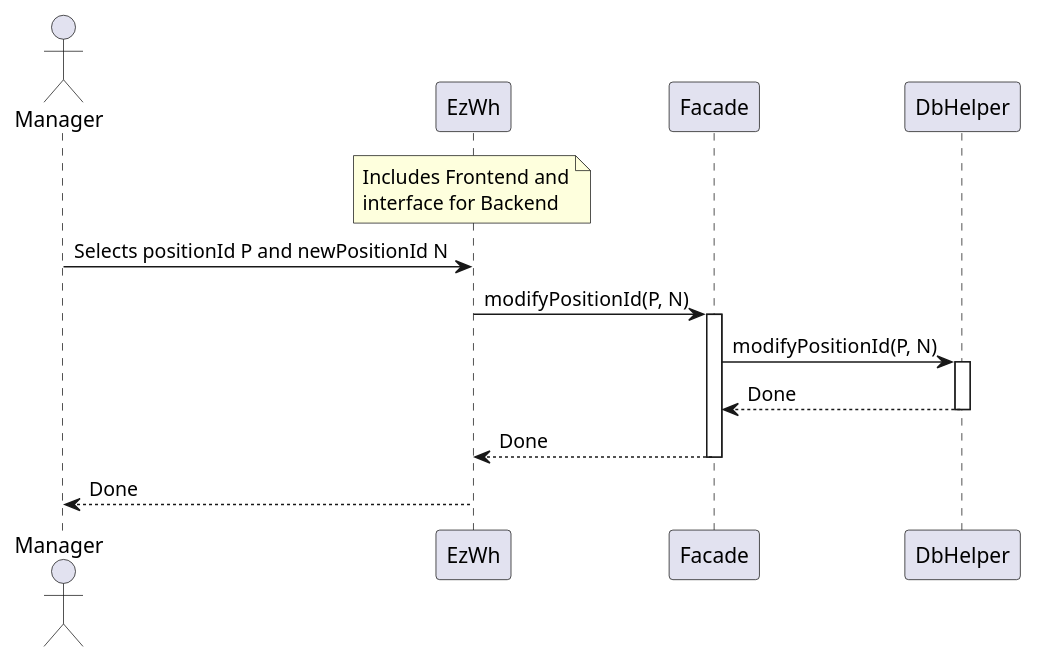
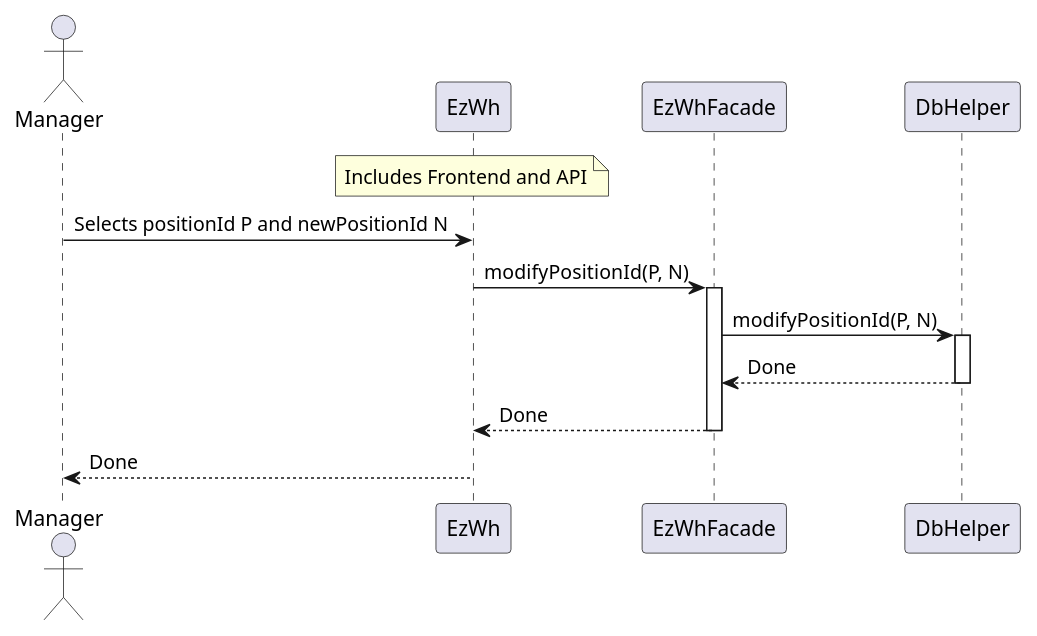
Before and after one commit to giuseppe-dandrea/EzWh: the fifth of 12 diagrams in DesignDocument.md, drawn with PlantUML. The commit also changed other lines of this file and 1 other file, not shown here.

Commit message:
Added low_level_design_diagram.svg. Changed some terms for consistency.

````diff
--- a/DesignDocument.md
+++ b/DesignDocument.md
@@ -637,18 +641,18 @@
 ```plantuml
 actor Manager
 participant EzWh
-note over EzWh: Includes Frontend and\ninterface for Backend
-participant Facade
+note over EzWh: Includes Frontend and API
+participant EzWhFacade
 participant DbHelper
 
 Manager -> EzWh: Selects positionId P and newPositionId N
-EzWh -> Facade: modifyPositionId(P, N)
-activate Facade
-Facade -> DbHelper : modifyPositionId(P, N)
+EzWh -> EzWhFacade: modifyPositionId(P, N)
+activate EzWhFacade
+EzWhFacade -> DbHelper : modifyPositionId(P, N)
 activate DbHelper
-DbHelper --> Facade : Done
+DbHelper --> EzWhFacade : Done
 deactivate DbHelper
-Facade --> EzWh : Done
-deactivate Facade
+EzWhFacade --> EzWh : Done
+deactivate EzWhFacade
 EzWh --> Manager : Done
 ```
````
